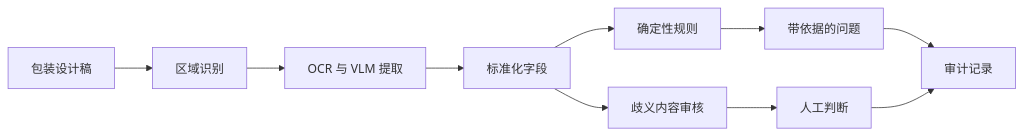
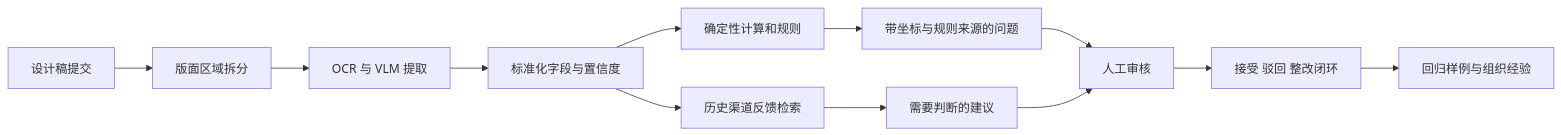
One commit to WhiteSailLabs/WhiteSailLabs changed the diagram in case-studies/packaging-preflight.zh-CN.md. Above: the diagram before and after it, drawn with Mermaid. The commit also changed other lines of this file and 11 other files, not shown here.

````diff
--- a/case-studies/packaging-preflight.zh-CN.md
+++ b/case-studies/packaging-preflight.zh-CN.md
@@ -27,12 +58,14 @@
 ```mermaid
 flowchart LR
-    A[包装设计稿] --> B[区域识别]
+    A[设计稿提交] --> B[版面区域拆分]
     B --> C[OCR 与 VLM 提取]
-    C --> D[标准化字段]
-    D --> E[确定性规则]
-    D --> F[歧义内容审核]
-    E --> G[带依据的问题]
-    F --> H[人工判断]
-    G --> I[审计记录]
+    C --> D[标准化字段与置信度]
+    D --> E[确定性计算和规则]
+    D --> F[历史渠道反馈检索]
+    E --> G[带坐标与规则来源的问题]
+    F --> H[需要判断的建议]
+    G --> I[人工审核]
     H --> I
+    I --> J[接受 驳回 整改闭环]
+    J --> K[回归样例与组织经验]
 ```
````
